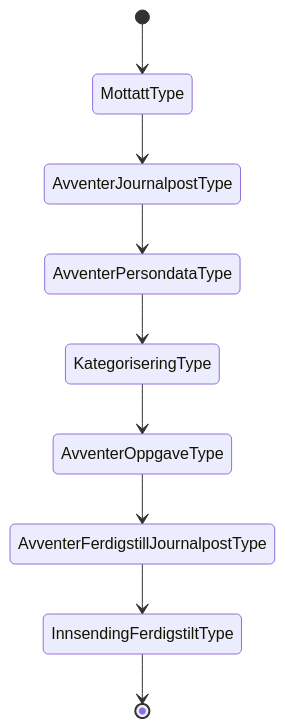
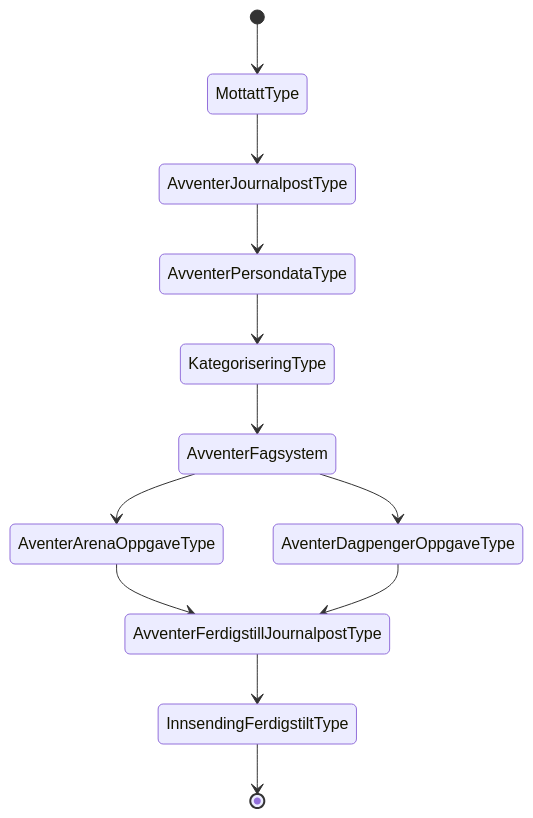
Before and after one commit to navikt/dp-mottak: the diagram in docs/arkitektur/tilstander/NAV 90-00.08.approved.md, drawn with Mermaid. The commit also changed 10 other files, not shown here.

````diff
--- a/docs/arkitektur/tilstander/NAV 90-00.08.approved.md
+++ b/docs/arkitektur/tilstander/NAV 90-00.08.approved.md
@@ -3,11 +3,14 @@
 ```mermaid
    stateDiagram
    [*]-->MottattType
    	MottattType --> AvventerJournalpostType
 	AvventerJournalpostType --> AvventerPersondataType
 	AvventerPersondataType --> KategoriseringType
-	KategoriseringType --> AvventerOppgaveType
-	AvventerOppgaveType --> AvventerFerdigstillJournalpostType
+	KategoriseringType --> AvventerFagsystem
+    AvventerFagsystem --> AventerArenaOppgaveType
+    AvventerFagsystem --> AventerDagpengerOppgaveType
+    AventerArenaOppgaveType --> AvventerFerdigstillJournalpostType
+    AventerDagpengerOppgaveType --> AvventerFerdigstillJournalpostType
 	AvventerFerdigstillJournalpostType --> InnsendingFerdigstiltType
    InnsendingFerdigstiltType--> [*]    
 ```
````
